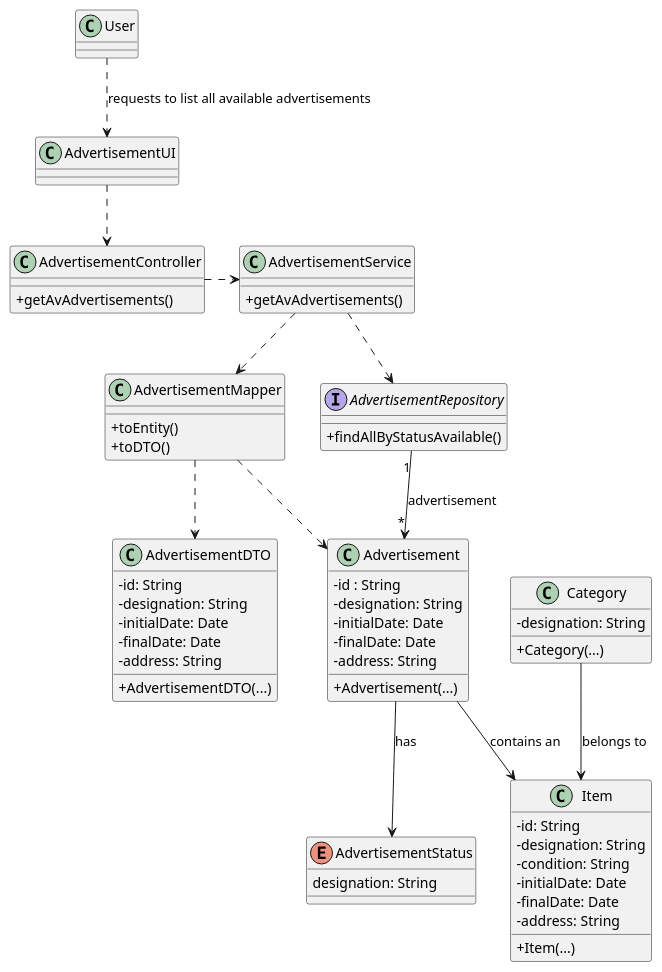
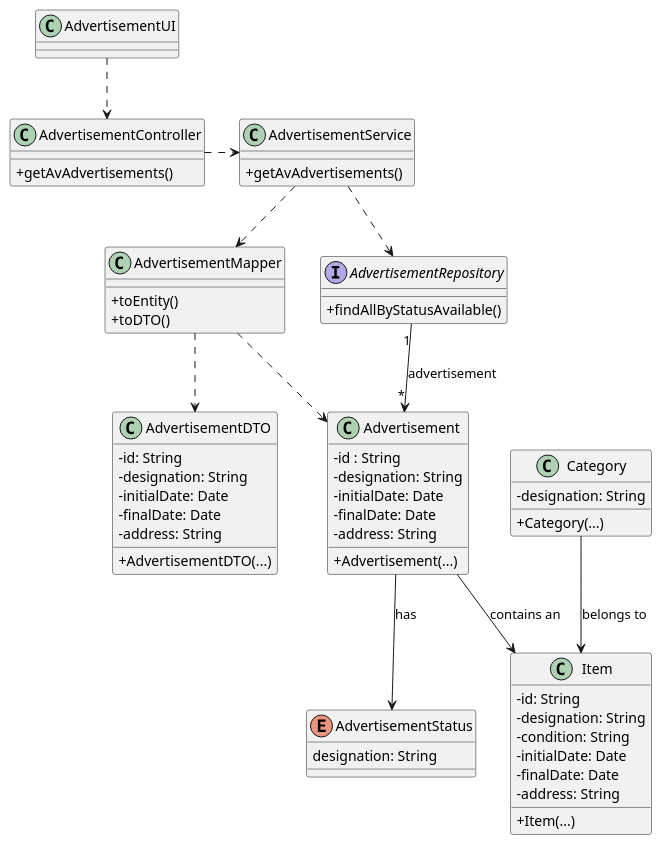
Before and after one commit to vivianeaalmeida/ComeAndGet: the diagram in Docs/US09/03-design/US09-CD.puml, drawn with PlantUML. The commit also changed 11 other files, not shown here.

```diff
--- a/Docs/US09/03-design/US09-CD.puml
+++ b/Docs/US09/03-design/US09-CD.puml
@@ -1,81 +1,80 @@
 @startuml
 skinparam packageStyle rectangle
 skinparam shadowing false
 skinparam linetype polyline
 skinparam classAttributeIconSize 0
 
 
 class AdvertisementUI {
 }
 
 class AdvertisementController {
     + getAvAdvertisements()
 }
 
 class AdvertisementService {
     + getAvAdvertisements()
 }
 
 interface AdvertisementRepository {
     + findAllByStatusAvailable()
 }
 
 
 class Item {
     - id: String
     - designation: String
     - condition: String
     - initialDate: Date
     - finalDate: Date
     - address: String
     + Item(...)
 }
 
 class Advertisement {
     - id : String
     - designation: String
     - initialDate: Date
     - finalDate: Date
     - address: String
     + Advertisement(...)
 }
 
 enum AdvertisementStatus {
     designation: String
 }
 
 class Category {
     - designation: String
     + Category(...)
 }
 
 class AdvertisementMapper {
     + toEntity()
     + toDTO()
 }
 
 class AdvertisementDTO {
     - id: String
     - designation: String
     - initialDate: Date
     - finalDate: Date
     - address: String
     + AdvertisementDTO(...)
 }
 
 ' --- Relacionamentos ---
-User ..> AdvertisementUI : requests to list all available advertisements
 AdvertisementUI ..> AdvertisementController
 AdvertisementController .> AdvertisementService
 AdvertisementService ..> AdvertisementRepository
 AdvertisementService ..> AdvertisementMapper
 AdvertisementMapper ..> Advertisement
 AdvertisementMapper ..> AdvertisementDTO
 AdvertisementRepository "1" --> "*" Advertisement : advertisement
 Advertisement --> Item : contains an
 Category --> Item : belongs to
 Advertisement --> AdvertisementStatus : has
 
 
 
 @enduml
```
